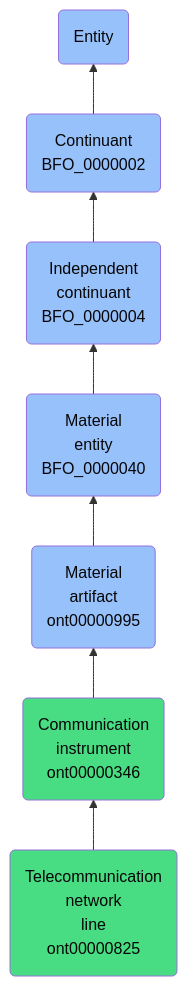
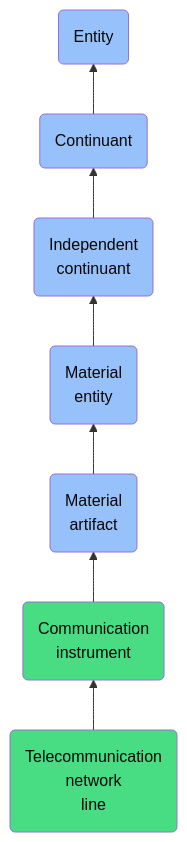
Before and after one commit to jupyter-naas/abi: the diagram in docs/ontology/reference/model/Entity/Continuant/Independent continuant/Material entity/Material artifact/Communication instrument/Telecommunication network line/Telecommunication network line.md, drawn with Mermaid. The commit also changed other lines of this file and 1430 other files, not shown here.

````diff
--- a/docs/ontology/reference/model/Entity/Continuant/Independent continuant/Material entity/Material artifact/Communication instrument/Telecommunication network line/Telecommunication network line.md
+++ b/docs/ontology/reference/model/Entity/Continuant/Independent continuant/Material entity/Material artifact/Communication instrument/Telecommunication network line/Telecommunication network line.md
@@ -24,14 +24,14 @@
 ```mermaid
 graph BT
-    ont00000825(Telecommunication<br>network<br>line<br>ont00000825):::ABI-->ont00000346
-    ont00000346(Communication<br>instrument<br>ont00000346):::ABI-->ont00000995
-    ont00000995(Material<br>artifact<br>ont00000995):::BFO-->BFO_0000040
-    BFO_0000040(Material<br>entity<br>BFO_0000040):::BFO-->BFO_0000004
-    BFO_0000004(Independent<br>continuant<br>BFO_0000004):::BFO-->BFO_0000002
-    BFO_0000002(Continuant<br>BFO_0000002):::BFO-->BFO_0000001
+    ont00000825(Telecommunication<br>network<br>line):::ABI-->ont00000346
+    ont00000346(Communication<br>instrument):::ABI-->ont00000995
+    ont00000995(Material<br>artifact):::BFO-->BFO_0000040
+    BFO_0000040(Material<br>entity):::BFO-->BFO_0000004
+    BFO_0000004(Independent<br>continuant):::BFO-->BFO_0000002
+    BFO_0000002(Continuant):::BFO-->BFO_0000001
     BFO_0000001(Entity):::BFO
     
     classDef BFO fill:#97c1fb,color:#060606
     classDef CCO fill:#e4c51e,color:#060606
     classDef ABI fill:#48DD82,color:#060606
 ```
````
